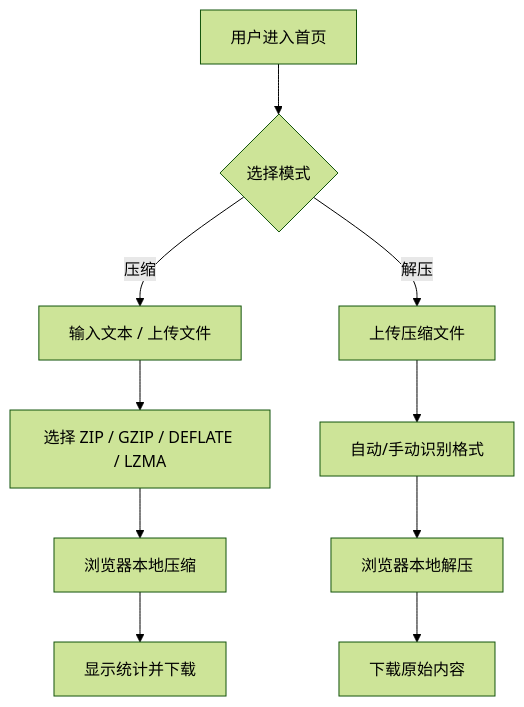
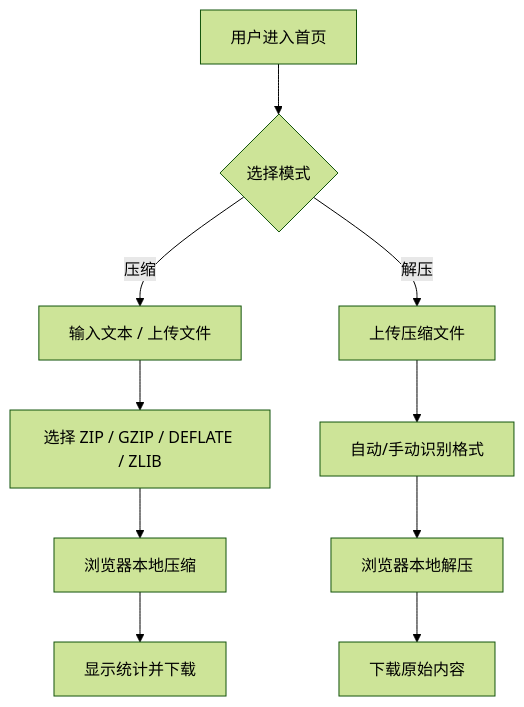
The diagram in .trae/documents/PRD.md (dr7dn2mq64-tech/free-compression), drawn with Mermaid (forest theme) before and after one commit. The commit also changed other lines of this file and 29 other files, not shown here.

````diff
--- a/.trae/documents/PRD.md
+++ b/.trae/documents/PRD.md
@@ -44,12 +44,12 @@
 ```mermaid
 flowchart TD
     A["用户进入首页"] --> B{"选择模式"}
     B -->|压缩| C["输入文本 / 上传文件"]
     B -->|解压| D["上传压缩文件"]
-    C --> E["选择 ZIP / GZIP / DEFLATE / LZMA"]
+    C --> E["选择 ZIP / GZIP / DEFLATE / ZLIB"]
     E --> F["浏览器本地压缩"]
     F --> G["显示统计并下载"]
     D --> H["自动/手动识别格式"]
     H --> I["浏览器本地解压"]
     I --> J["下载原始内容"]
 ```
````
